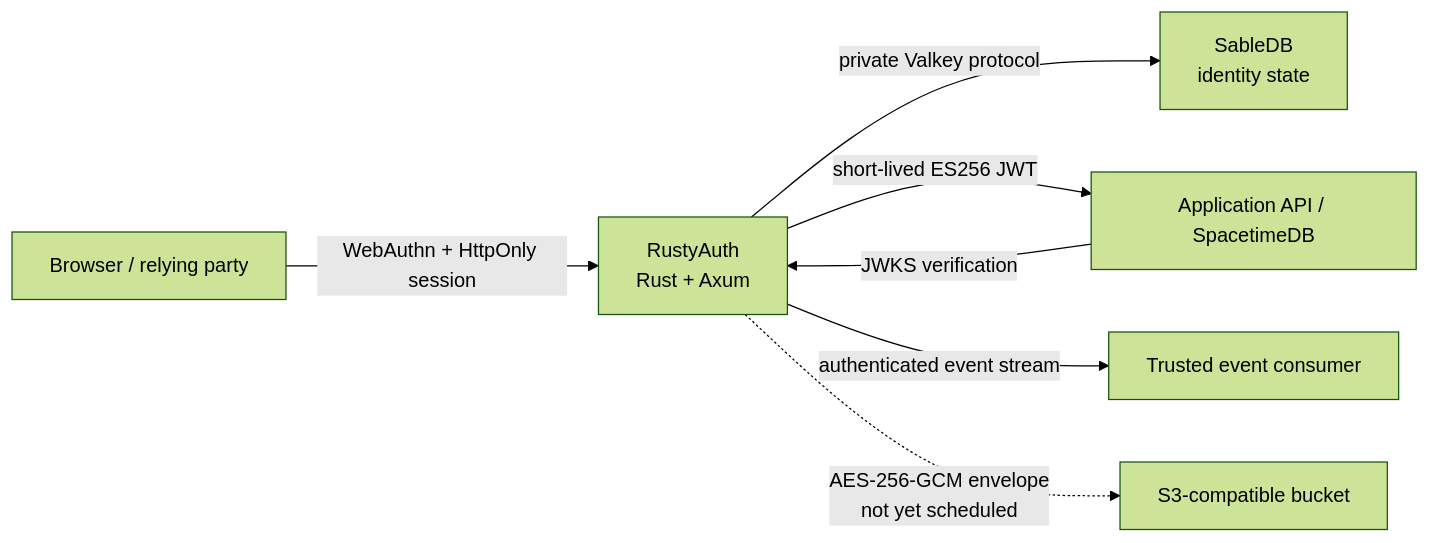
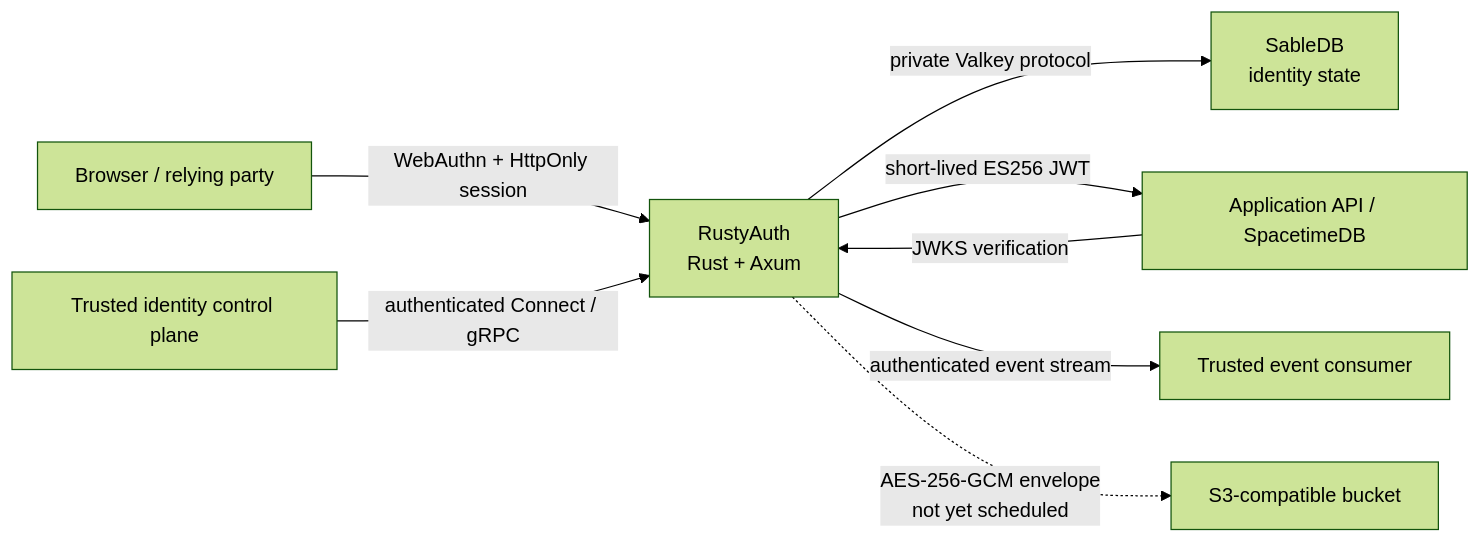
One commit to rusty-auth/rustyauth changed the diagram in README.md. Above: the diagram before and after it, drawn with Mermaid (forest theme). The commit also changed other lines of this file and 36 other files, not shown here.

Commit message:
feat: add private grpc identity control plane

````diff
--- a/README.md
+++ b/README.md
@@ -58,9 +61,10 @@
 ```mermaid
 flowchart LR
     Browser["Browser / relying party"] -->|"WebAuthn + HttpOnly session"| Auth["RustyAuth\nRust + Axum"]
     Auth -->|"private Valkey protocol"| Sable["SableDB\nidentity state"]
     Auth -->|"short-lived ES256 JWT"| API["Application API / SpacetimeDB"]
     API -->|"JWKS verification"| Auth
     Auth -->|"authenticated event stream"| Events["Trusted event consumer"]
+    Control["Trusted identity control plane"] -->|"authenticated Connect / gRPC"| Auth
     Auth -.->|"AES-256-GCM envelope\nnot yet scheduled"| Bucket["S3-compatible bucket"]
 ```
````
